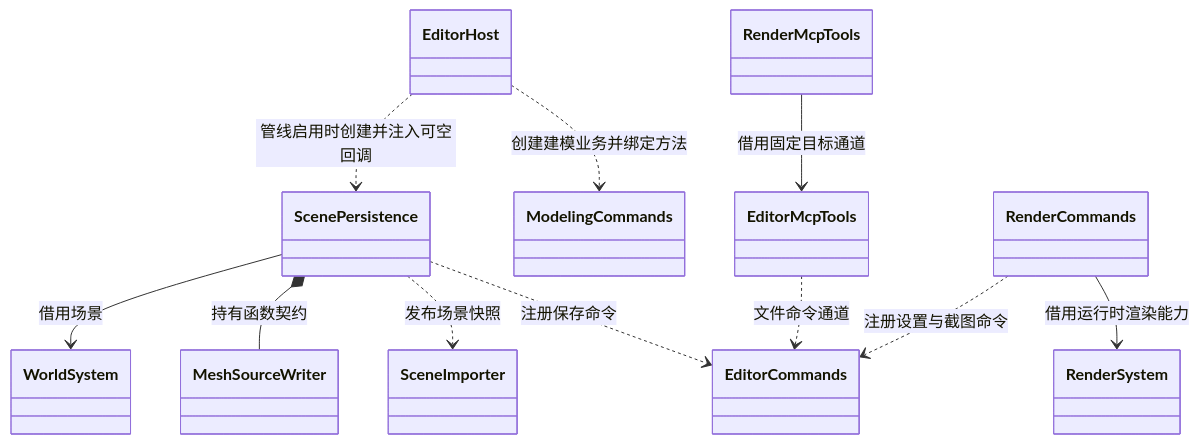
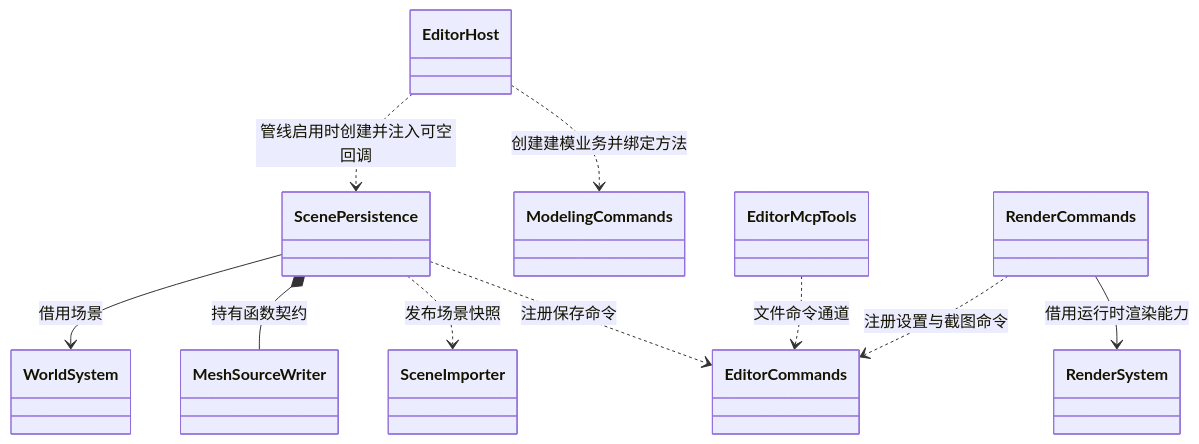
One commit to lcals/Engine changed diagram 32 of 35 in docs/class-diagrams/references.md. Above: the diagram before and after it, drawn with Mermaid. The commit also changed other lines of this file and 195 other files, not shown here.

````diff
--- a/docs/class-diagrams/references.md
+++ b/docs/class-diagrams/references.md
@@ -1020,24 +1002,22 @@
 ```mermaid
 classDiagram
     class ScenePersistence
     class ModelingCommands
     class EditorHost
     class MeshSourceWriter
     class WorldSystem
     class SceneImporter
     class EditorCommands
     class EditorMcpTools
     class RenderCommands
-    class RenderMcpTools
     class RenderSystem
     ScenePersistence --> WorldSystem : 借用场景
     EditorHost ..> ModelingCommands : 创建建模业务并绑定方法
     EditorHost ..> ScenePersistence : 管线启用时创建并注入可空回调
     ScenePersistence *-- MeshSourceWriter : 持有函数契约
     ScenePersistence ..> SceneImporter : 发布场景快照
     ScenePersistence ..> EditorCommands : 注册保存命令
     EditorMcpTools ..> EditorCommands : 文件命令通道
-    RenderMcpTools --> EditorMcpTools : 借用固定目标通道
     RenderCommands ..> EditorCommands : 注册设置与截图命令
     RenderCommands --> RenderSystem : 借用运行时渲染能力
 ```
````
